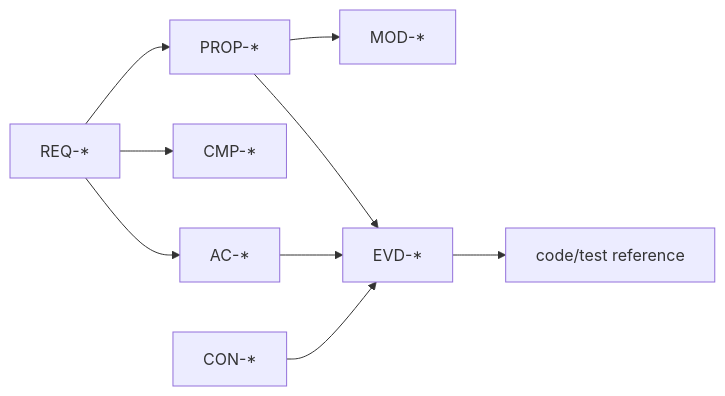
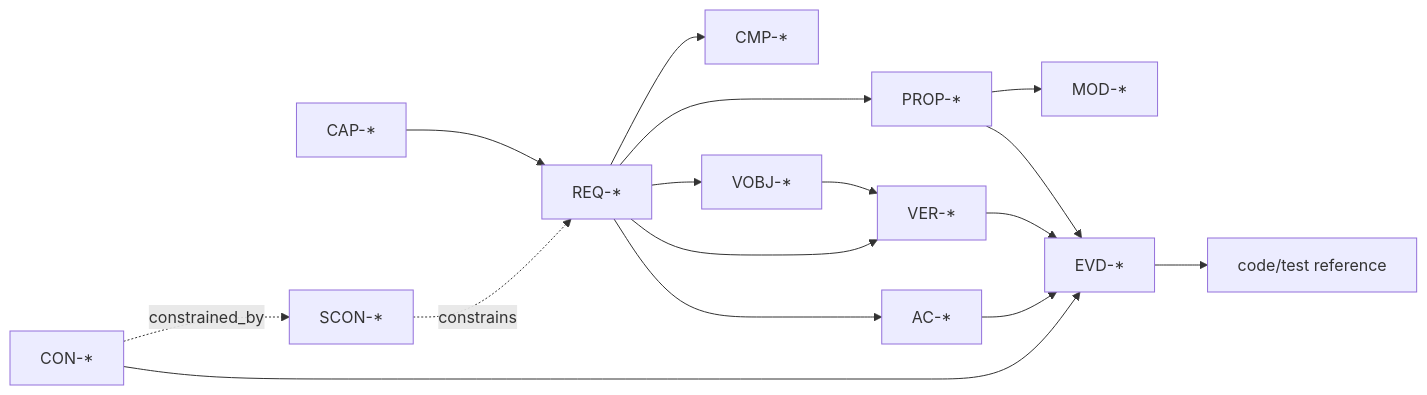
Before and after one commit to joaosimsic/spec-framework: the diagram in docs/architecture/requirements-layer.md, drawn with Mermaid. The commit also changed other lines of this file and 40 other files, not shown here.

````diff
--- a/docs/architecture/requirements-layer.md
+++ b/docs/architecture/requirements-layer.md
@@ -79,11 +99,18 @@
 ```mermaid
 flowchart LR
-    REQ[REQ-*] --> AC[AC-*]
+    CAP[CAP-*] --> REQ[REQ-*]
+    REQ --> AC[AC-*]
     REQ --> CMP[CMP-*]
     REQ --> PROP[PROP-*]
+    REQ --> VOBJ[VOBJ-*]
+    VOBJ --> VER[VER-*]
+    REQ --> VER
+    SCON[SCON-*] -.->|constrains| REQ
+    CON[CON-*] -.->|constrained_by| SCON
     PROP --> MOD[MOD-*]
     PROP --> EVD[EVD-*]
+    VER --> EVD
     AC --> EVD
-    CON[CON-*] --> EVD
+    CON --> EVD
     EVD --> CODE[code/test reference]
 ```
````
